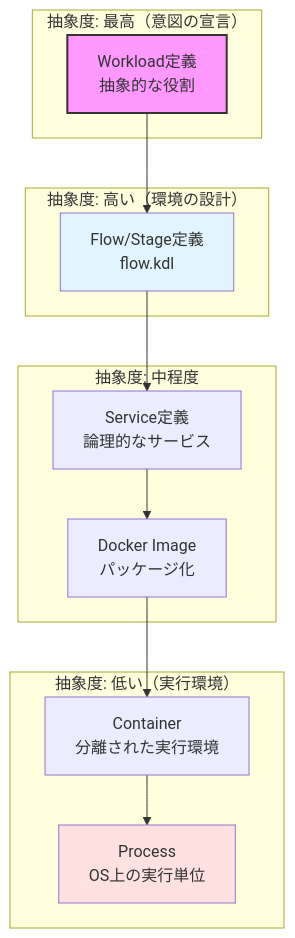
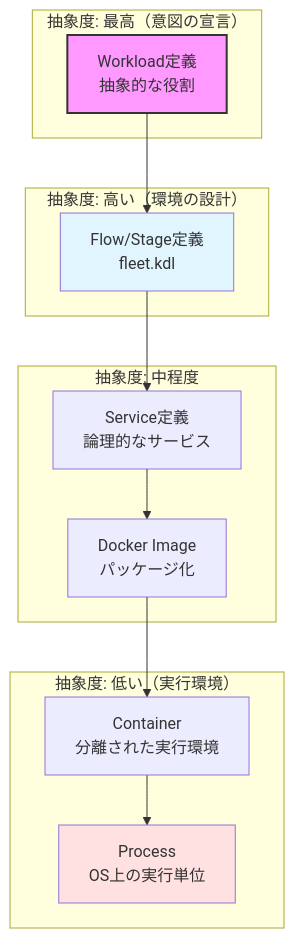
Before and after one commit to chronista-club/fleetflow: the third of 4 diagrams in spec/01-core-concepts.md, drawn with Mermaid. The commit also changed other lines of this file and 44 other files, not shown here.

````diff
--- a/spec/01-core-concepts.md
+++ b/spec/01-core-concepts.md
@@ -51,30 +51,30 @@
 ```mermaid
 graph TD
     subgraph "抽象度: 最高（意図の宣言）"
         W[Workload定義<br/>抽象的な役割]
     end
 
     subgraph "抽象度: 高い（環境の設計）"
-        A[Flow/Stage定義<br/>flow.kdl]
+        A[Flow/Stage定義<br/>fleet.kdl]
     end
 
     subgraph "抽象度: 中程度"
         B[Service定義<br/>論理的なサービス]
         C[Docker Image<br/>パッケージ化]
     end
 
     subgraph "抽象度: 低い（実行環境）"
         D[Container<br/>分離された実行環境]
         E[Process<br/>OS上の実行単位]
     end
 
     W --> A
     A --> B
     B --> C
     C --> D
     D --> E
 
     style W fill:#f9f,stroke:#333,stroke-width:2px
     style A fill:#e1f5ff
     style E fill:#ffe1e1
 ```
````
